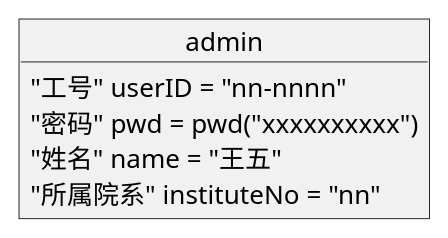
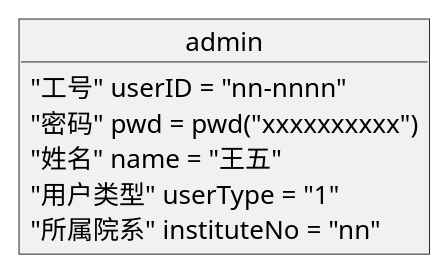
The third of 10 diagrams in test6/objectView.pu (201610414130/is_analysis-4), drawn with PlantUML before and after one commit. The commit also changed other lines of this file and 7 other files, not shown here.

```diff
--- a/test6/objectView.pu
+++ b/test6/objectView.pu
@@ -24,8 +26,9 @@
 @startuml admin
 object admin{
     "工号" userID = "nn-nnnn"
     "密码" pwd = pwd("xxxxxxxxxx")
     "姓名" name = "王五"
+    "用户类型" userType = "1"
     "所属院系" instituteNo = "nn"
 }
 @enduml
```
